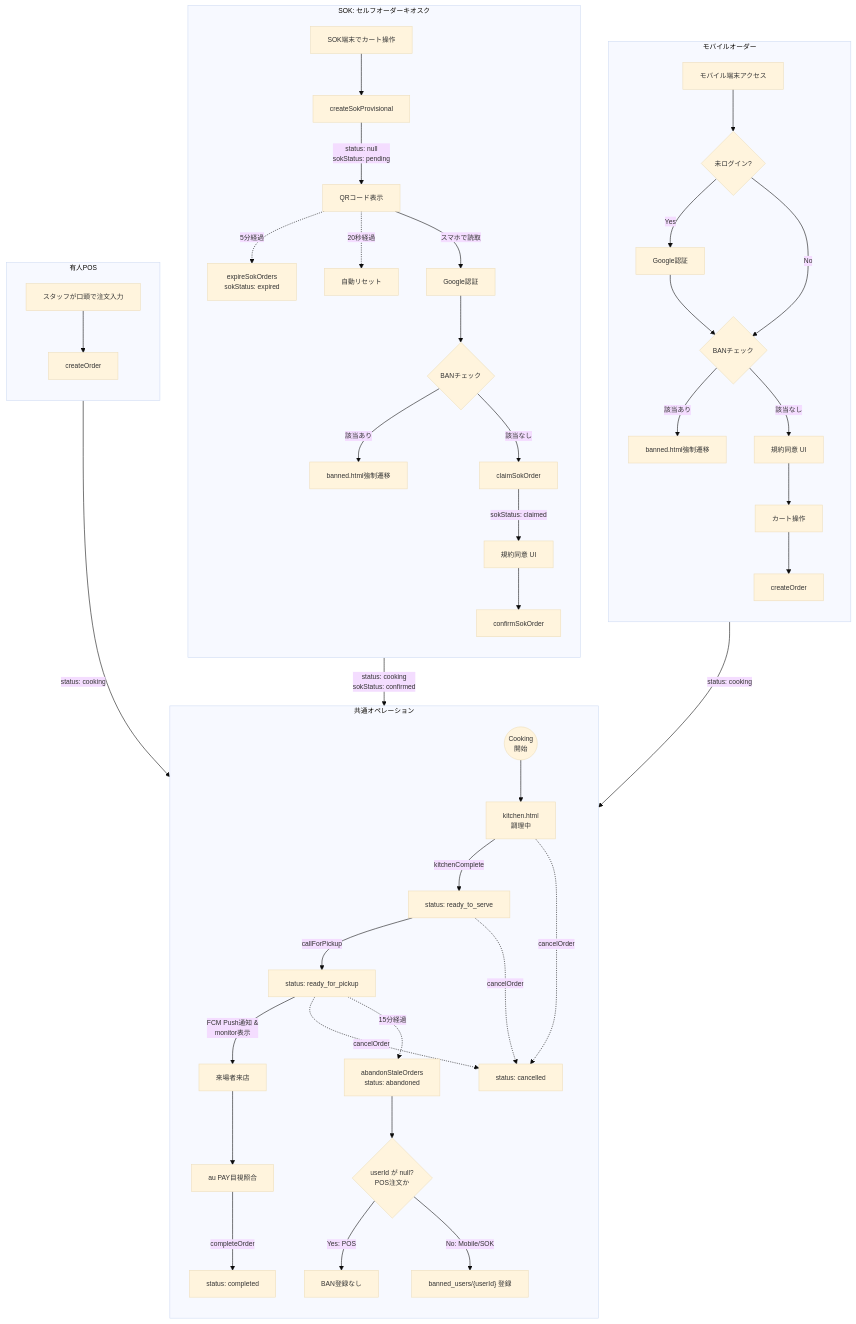
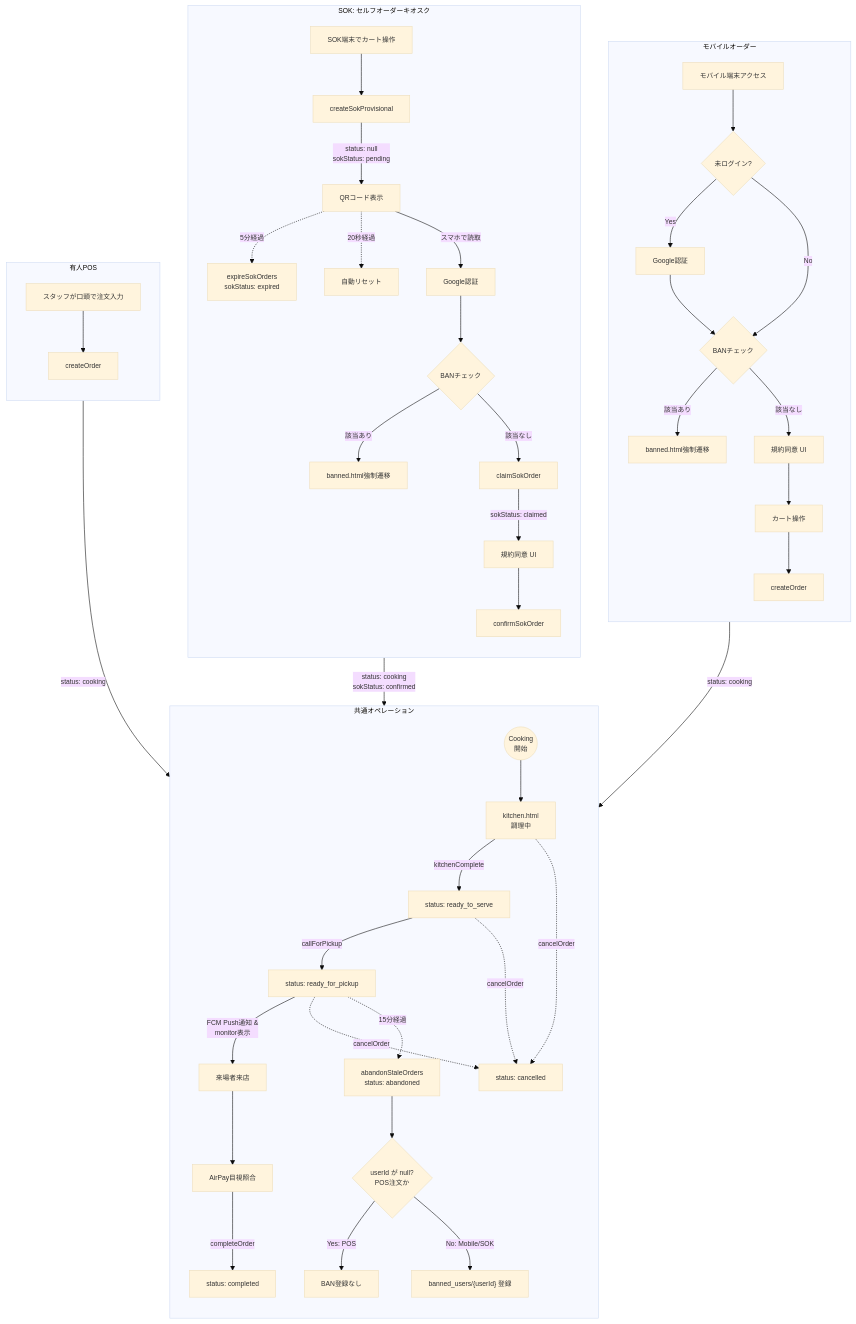
Before and after one commit to ynr-cs/nanryosai2026: the eighth of 9 diagrams in 設計図/南陵祭2026 POS・モバイルオーダーシステム 設計憲法.md, drawn with Mermaid. The commit also changed other lines of this file and 28 other files, not shown here.

````diff
--- a/設計図/南陵祭2026 POS・モバイルオーダーシステム 設計憲法.md
+++ b/設計図/南陵祭2026 POS・モバイルオーダーシステム 設計憲法.md
@@ -531,63 +531,63 @@
 ```mermaid
 %%{init: {'theme': 'base', 'themeVariables': { 'fontSize': '12px' }}}%%
 flowchart TD
     %% エントリポイント
     subgraph Mobile[モバイルオーダー]
         direction TB
         M1[モバイル端末アクセス] --> M2{未ログイン?}
         M2 -- Yes --> M3[Google認証]
         M3 --> M4{BANチェック}
         M2 -- No --> M4
         M4 -- 該当あり --> M5[banned.html強制遷移]
         M4 -- 該当なし --> M6[規約同意 UI]
         M6 --> M7[カート操作]
         M7 --> M8[createOrder]
     end
 
     subgraph SOK[SOK: セルフオーダーキオスク]
         direction TB
         S1[SOK端末でカート操作] --> S2[createSokProvisional]
         S2 -->|status: null<br/>sokStatus: pending| S3[QRコード表示]
         S3 -.->|5分経過| S4[expireSokOrders<br/>sokStatus: expired]
         S3 -.->|20秒経過| S5[自動リセット]
         
         S3 -->|スマホで読取| S6[Google認証]
         S6 --> S7{BANチェック}
         S7 -- 該当あり --> S8[banned.html強制遷移]
         S7 -- 該当なし --> S9[claimSokOrder]
         S9 -->|sokStatus: claimed| S10[規約同意 UI]
         S10 --> S11[confirmSokOrder]
     end
 
     subgraph POS[有人POS]
         direction TB
         P1[スタッフが口頭で注文入力] --> P2[createOrder]
     end
 
     %% エントリポイントから共通への接続
     M8 -->|status: cooking| CommonEntry
     S11 -->|status: cooking<br/>sokStatus: confirmed| CommonEntry
     P2 -->|status: cooking| CommonEntry
 
     %% 共通オペレーション
     subgraph Common[共通オペレーション]
         direction TB
         CommonEntry((Cooking<br/>開始))
         CommonEntry --> C1[kitchen.html<br/>調理中]
         C1 -->|kitchenComplete| C2[status: ready_to_serve]
         C2 -->|callForPickup| C3[status: ready_for_pickup]
         
         C3 -->|FCM Push通知 &<br/>monitor表示| C4[来場者来店]
-        C4 --> C5[au PAY目視照合]
+        C4 --> C5[AirPay目視照合]
         C5 -->|completeOrder| C6[status: completed]
         
         C1 -.->|cancelOrder| CX[status: cancelled]
         C2 -.->|cancelOrder| CX
         C3 -.->|cancelOrder| CX
         
         C3 -.->|15分経過| C7[abandonStaleOrders<br/>status: abandoned]
         C7 --> C8{userId が null?<br/>POS注文か}
         C8 -- Yes: POS --> C9[BAN登録なし]
         C8 -- No: Mobile/SOK --> C10["banned_users/{userId} 登録"]
     end
 ```
````
